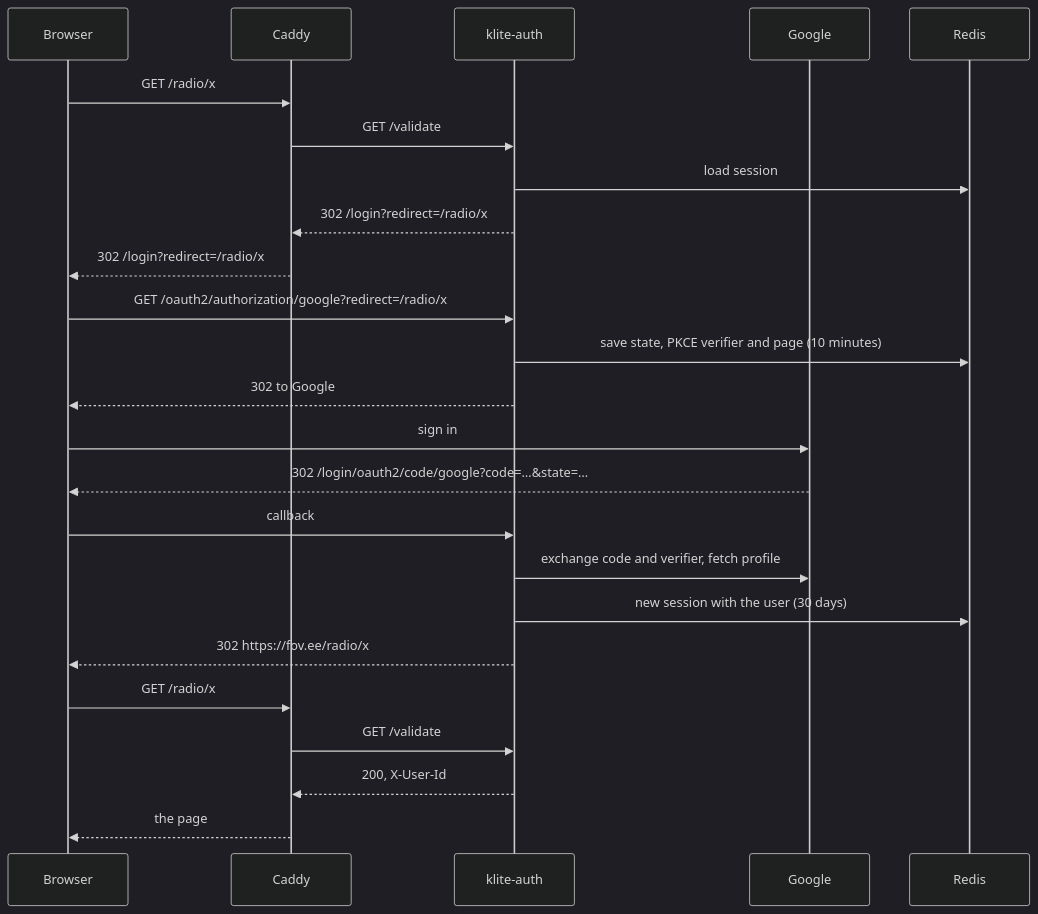
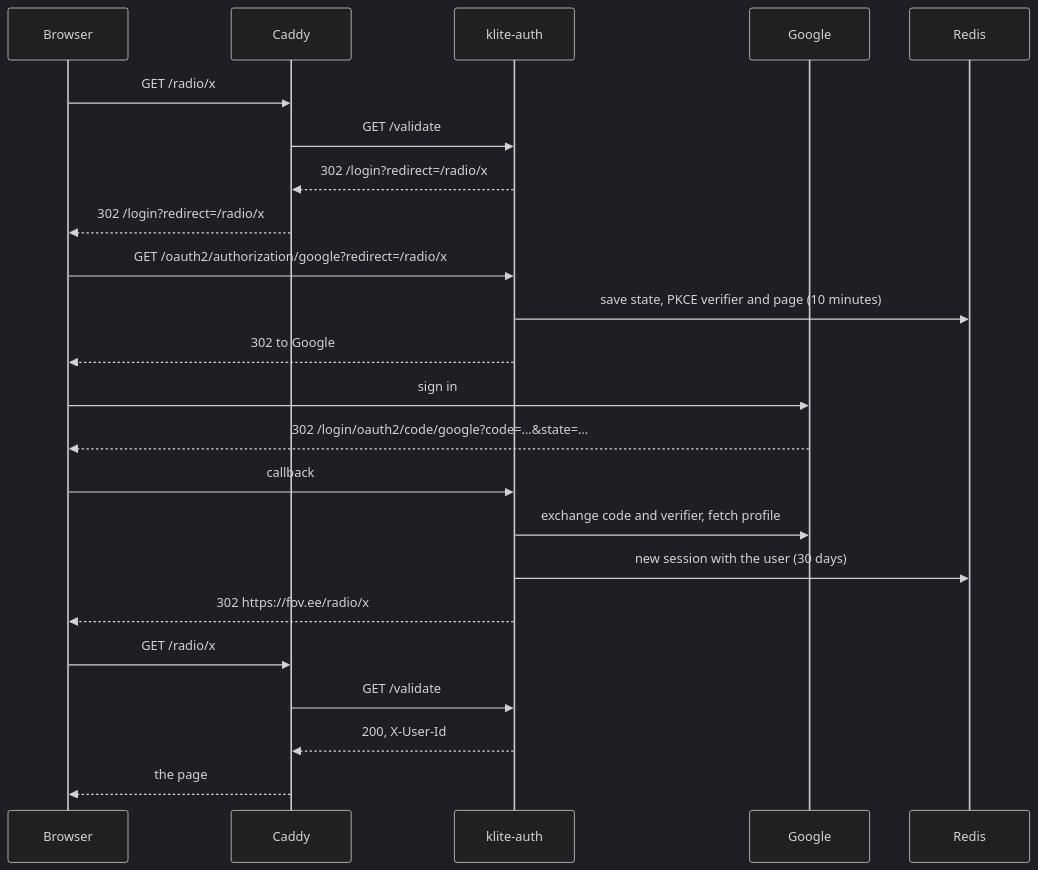
One commit to ktenman/klite-auth changed the diagram in README.md. Above: the diagram before and after it, drawn with Mermaid (dark theme). The commit also changed other lines of this file and 1 other file, not shown here.

````diff
--- a/README.md
+++ b/README.md
@@ -10,26 +12,25 @@
 ```mermaid
 sequenceDiagram
     participant B as Browser
     participant C as Caddy
     participant A as klite-auth
     participant G as Google
     participant R as Redis
     B->>C: GET /radio/x
     C->>A: GET /validate
-    A->>R: load session
     A-->>C: 302 /login?redirect=/radio/x
     C-->>B: 302 /login?redirect=/radio/x
     B->>A: GET /oauth2/authorization/google?redirect=/radio/x
     A->>R: save state, PKCE verifier and page (10 minutes)
     A-->>B: 302 to Google
     B->>G: sign in
     G-->>B: 302 /login/oauth2/code/google?code=…&state=…
     B->>A: callback
     A->>G: exchange code and verifier, fetch profile
     A->>R: new session with the user (30 days)
     A-->>B: 302 https://fov.ee/radio/x
     B->>C: GET /radio/x
     C->>A: GET /validate
     A-->>C: 200, X-User-Id
     C-->>B: the page
 ```
````
